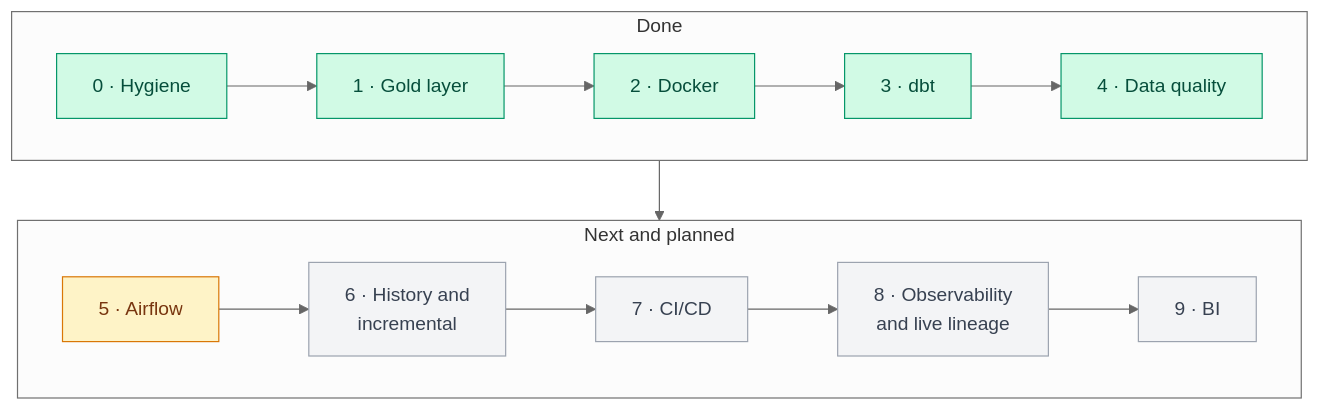
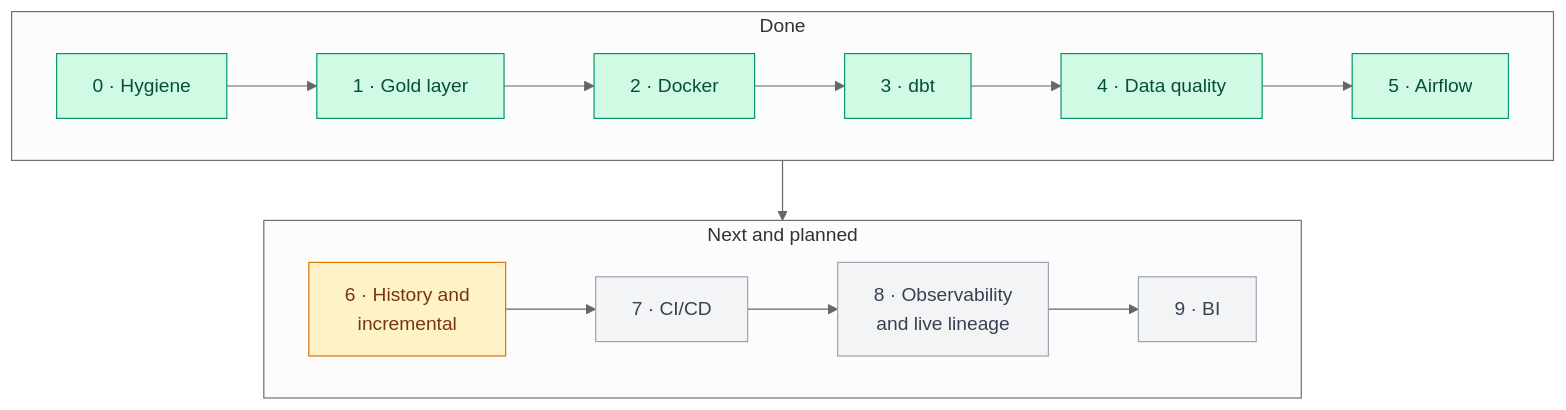
The first of 2 diagrams in docs/HUB.md (Afonsosequeira04/Data-Warehouse-Project), drawn with Mermaid (neutral theme) before and after one commit. The commit also changed other lines of this file and 2 other files, not shown here.

````diff
--- a/docs/HUB.md
+++ b/docs/HUB.md
@@ -13,15 +13,15 @@
 ```mermaid
 flowchart TB
   subgraph DONE["Done"]
     direction LR
-    F0["0 · Hygiene"]:::done --> F1["1 · Gold layer"]:::done --> F2["2 · Docker"]:::done --> F3["3 · dbt"]:::done --> F4["4 · Data quality"]:::done
+    F0["0 · Hygiene"]:::done --> F1["1 · Gold layer"]:::done --> F2["2 · Docker"]:::done --> F3["3 · dbt"]:::done --> F4["4 · Data quality"]:::done --> F5["5 · Airflow"]:::done
   end
   subgraph NEXT["Next and planned"]
     direction LR
-    F5["5 · Airflow"]:::next --> F6["6 · History and<br/>incremental"]:::planned --> F7["7 · CI/CD"]:::planned --> F8["8 · Observability<br/>and live lineage"]:::planned --> F9["9 · BI"]:::planned
+    F6["6 · History and<br/>incremental"]:::next --> F7["7 · CI/CD"]:::planned --> F8["8 · Observability<br/>and live lineage"]:::planned --> F9["9 · BI"]:::planned
   end
   DONE --> NEXT
   classDef done fill:#d1fae5,stroke:#059669,color:#064e3b
   classDef next fill:#fef3c7,stroke:#d97706,color:#78350f
   classDef planned fill:#f3f4f6,stroke:#9ca3af,color:#374151
 ```
````
